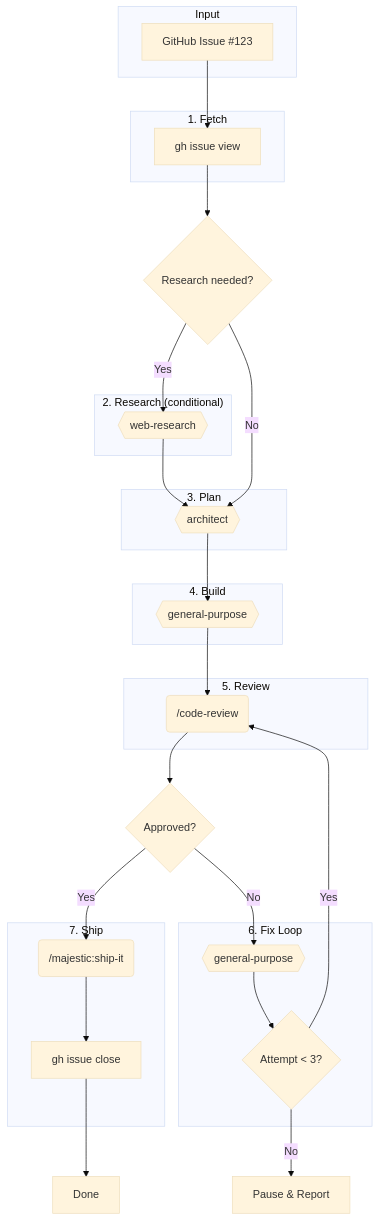
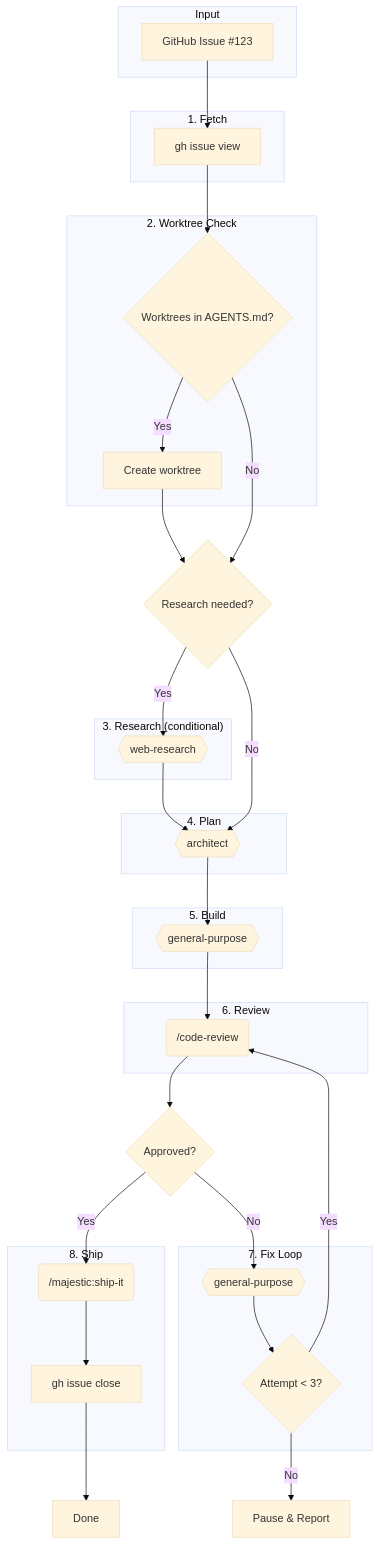
The diagram in plugins/majestic-engineer/commands/workflows/build-task.md (majesticlabs-dev/majestic-marketplace), drawn with Mermaid (base theme) before and after one commit. The commit also changed other lines of this file and 1 other file, not shown here.

First line of the commit message:
feat(majestic-engineer): add branch naming and worktree preferences to workflows

````diff
--- a/plugins/majestic-engineer/commands/workflows/build-task.md
+++ b/plugins/majestic-engineer/commands/workflows/build-task.md
@@ -23,51 +23,58 @@
 ```mermaid
 flowchart TD
     subgraph Input
         A[GitHub Issue #123]
     end
 
     subgraph "1. Fetch"
         B[gh issue view]
     end
 
-    subgraph "2. Research (conditional)"
+    subgraph "2. Worktree Check"
+        W{Worktrees in AGENTS.md?}
+        WT[Create worktree]
+    end
+
+    subgraph "3. Research (conditional)"
         C{{web-research}}
     end
 
-    subgraph "3. Plan"
+    subgraph "4. Plan"
         D{{architect}}
     end
 
-    subgraph "4. Build"
+    subgraph "5. Build"
         E{{general-purpose}}
     end
 
-    subgraph "5. Review"
+    subgraph "6. Review"
         F(/code-review)
     end
 
-    subgraph "6. Fix Loop"
+    subgraph "7. Fix Loop"
         G{{general-purpose}}
         H{Attempt < 3?}
     end
 
-    subgraph "7. Ship"
+    subgraph "8. Ship"
         I(/majestic:ship-it)
         J[gh issue close]
     end
 
     A --> B
-    B --> K{Research needed?}
+    B --> W
+    W -->|Yes| WT --> K{Research needed?}
+    W -->|No| K
     K -->|Yes| C --> D
     K -->|No| D
     D --> E
     E --> F
     F --> L{Approved?}
     L -->|Yes| I
     L -->|No| G
     G --> H
     H -->|Yes| F
     H -->|No| M[Pause & Report]
     I --> J
     J --> N[Done]
 ```
````
